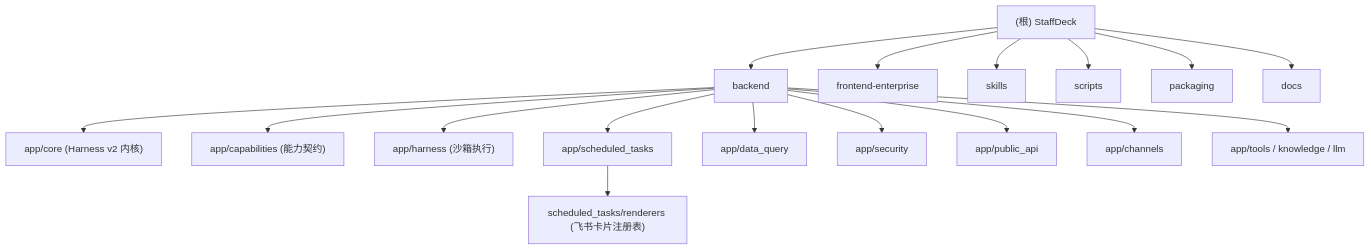
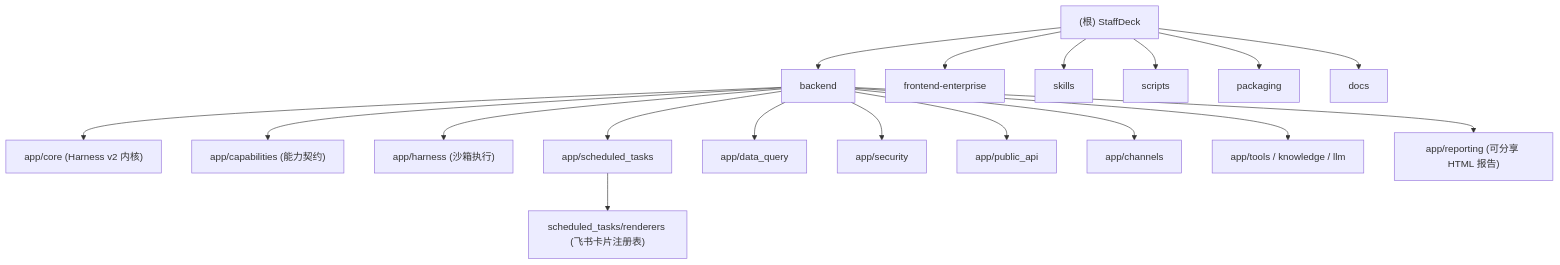
Before and after one commit to jack571754/StaffDeck: the diagram in CLAUDE.md, drawn with Mermaid. The commit also changed other lines of this file and 57 other files, not shown here.

````diff
--- a/CLAUDE.md
+++ b/CLAUDE.md
@@ -19,33 +19,35 @@
 ```mermaid
 graph TD
     A["(根) StaffDeck"] --> B["backend"];
     A --> C["frontend-enterprise"];
     A --> D["skills"];
     A --> E["scripts"];
     A --> F["packaging"];
     A --> G["docs"];
 
     B --> B1["app/core (Harness v2 内核)"];
     B --> B2["app/capabilities (能力契约)"];
     B --> B3["app/harness (沙箱执行)"];
     B --> B4["app/scheduled_tasks"];
     B --> B5["app/data_query"];
     B --> B6["app/security"];
     B --> B7["app/public_api"];
     B --> B8["app/channels"];
     B --> B9["app/tools / knowledge / llm"];
+    B --> B10["app/reporting (可分享 HTML 报告)"];
 
     B4 --> B4a["scheduled_tasks/renderers (飞书卡片注册表)"];
 
     click B "./backend/CLAUDE.md" "查看 backend 模块文档"
     click C "./frontend-enterprise/CLAUDE.md" "查看 frontend-enterprise 模块文档"
     click D "./skills/CLAUDE.md" "查看 skills 模块文档"
     click E "./scripts/CLAUDE.md" "查看 scripts 模块文档"
     click F "./packaging/CLAUDE.md" "查看 packaging 模块文档"
     click G "./docs/CLAUDE.md" "查看 docs 模块文档"
     click B1 "./backend/app/core/CLAUDE.md" "查看 core 模块文档"
     click B2 "./backend/app/capabilities/CLAUDE.md" "查看 capabilities 模块文档"
     click B4 "./backend/app/scheduled_tasks/CLAUDE.md" "查看 scheduled_tasks 模块文档"
     click B4a "./backend/app/scheduled_tasks/CLAUDE.md" "查看 scheduled_tasks 模块文档"
     click B5 "./backend/app/data_query/CLAUDE.md" "查看 data_query 模块文档"
+    click B10 "./backend/app/reporting/CLAUDE.md" "查看 reporting 模块文档"
 ```
````
